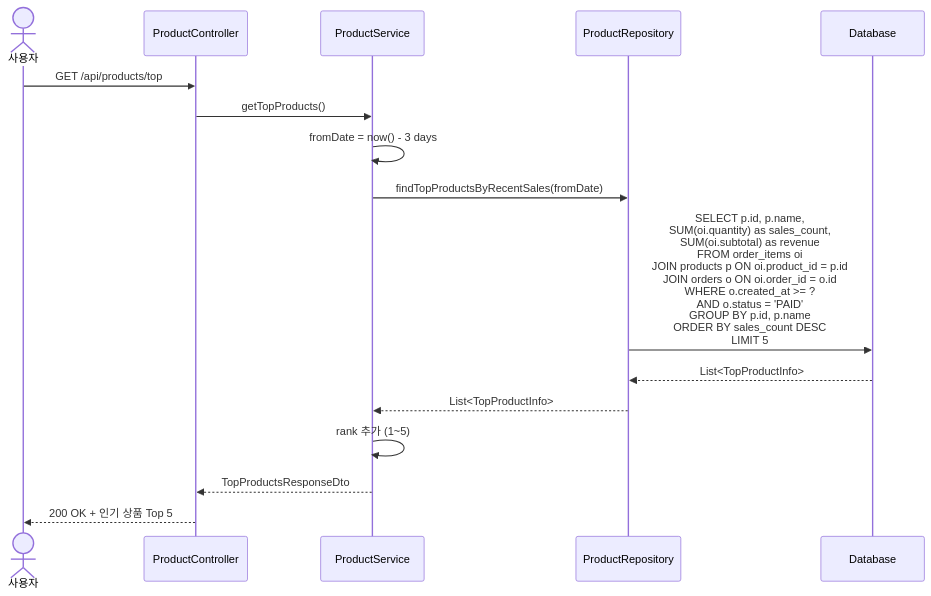
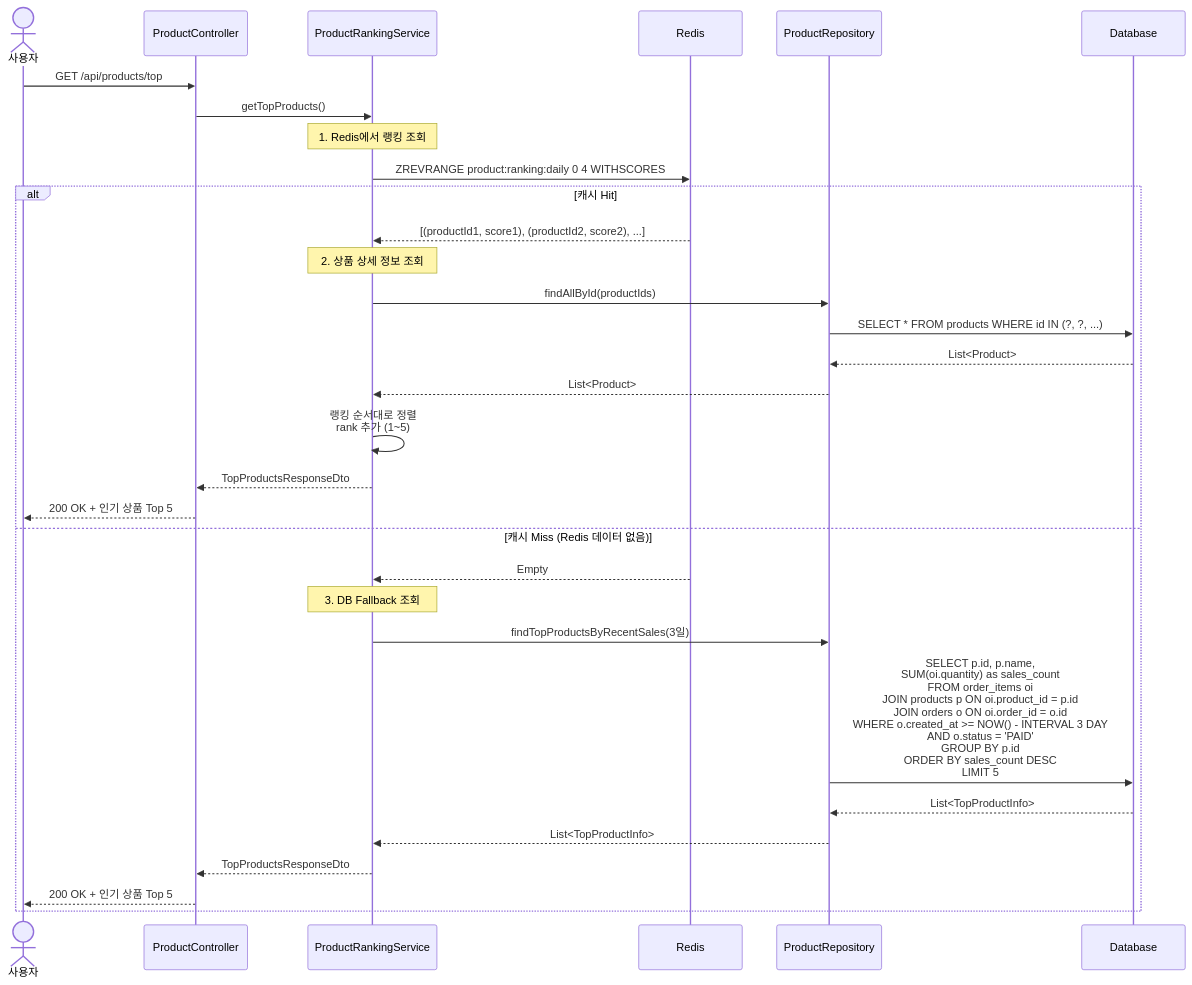
The third of 25 diagrams in docs/sequence-diagrams.md (knowave/hhplus-ecommerce-kotlin), drawn with Mermaid before and after one commit. The commit also changed other lines of this file and 3 other files, not shown here.

````diff
--- a/docs/sequence-diagrams.md
+++ b/docs/sequence-diagrams.md
@@ -74,21 +76,41 @@
 ```mermaid
 sequenceDiagram
     actor User as 사용자
     participant Controller as ProductController
-    participant Service as ProductService
-    participant Repository as ProductRepository
+    participant Service as ProductRankingService
+    participant Redis as Redis
+    participant ProductRepo as ProductRepository
     participant DB as Database
 
     User->>Controller: GET /api/products/top
     Controller->>Service: getTopProducts()
-    Service->>Service: fromDate = now() - 3 days
-    Service->>Repository: findTopProductsByRecentSales(fromDate)
 
-    Repository->>DB: SELECT p.id, p.name,<br/>SUM(oi.quantity) as sales_count,<br/>SUM(oi.subtotal) as revenue<br/>FROM order_items oi<br/>JOIN products p ON oi.product_id = p.id<br/>JOIN orders o ON oi.order_id = o.id<br/>WHERE o.created_at >= ?<br/>AND o.status = 'PAID'<br/>GROUP BY p.id, p.name<br/>ORDER BY sales_count DESC<br/>LIMIT 5
+    Note over Service: 1. Redis에서 랭킹 조회
+    Service->>Redis: ZREVRANGE product:ranking:daily 0 4 WITHSCORES
 
-    DB-->>Repository: List<TopProductInfo>
-    Repository-->>Service: List<TopProductInfo>
-    Service->>Service: rank 추가 (1~5)
-    Service-->>Controller: TopProductsResponseDto
-    Controller-->>User: 200 OK + 인기 상품 Top 5
+    alt 캐시 Hit
+        Redis-->>Service: [(productId1, score1), (productId2, score2), ...]
+
+        Note over Service: 2. 상품 상세 정보 조회
+        Service->>ProductRepo: findAllById(productIds)
+        ProductRepo->>DB: SELECT * FROM products WHERE id IN (?, ?, ...)
+        DB-->>ProductRepo: List<Product>
+        ProductRepo-->>Service: List<Product>
+
+        Service->>Service: 랭킹 순서대로 정렬<br/>rank 추가 (1~5)
+        Service-->>Controller: TopProductsResponseDto
+        Controller-->>User: 200 OK + 인기 상품 Top 5
+
+    else 캐시 Miss (Redis 데이터 없음)
+        Redis-->>Service: Empty
+
+        Note over Service: 3. DB Fallback 조회
+        Service->>ProductRepo: findTopProductsByRecentSales(3일)
+        ProductRepo->>DB: SELECT p.id, p.name,<br/>SUM(oi.quantity) as sales_count<br/>FROM order_items oi<br/>JOIN products p ON oi.product_id = p.id<br/>JOIN orders o ON oi.order_id = o.id<br/>WHERE o.created_at >= NOW() - INTERVAL 3 DAY<br/>AND o.status = 'PAID'<br/>GROUP BY p.id<br/>ORDER BY sales_count DESC<br/>LIMIT 5
+        DB-->>ProductRepo: List<TopProductInfo>
+        ProductRepo-->>Service: List<TopProductInfo>
+
+        Service-->>Controller: TopProductsResponseDto
+        Controller-->>User: 200 OK + 인기 상품 Top 5
+    end
 ```
````
